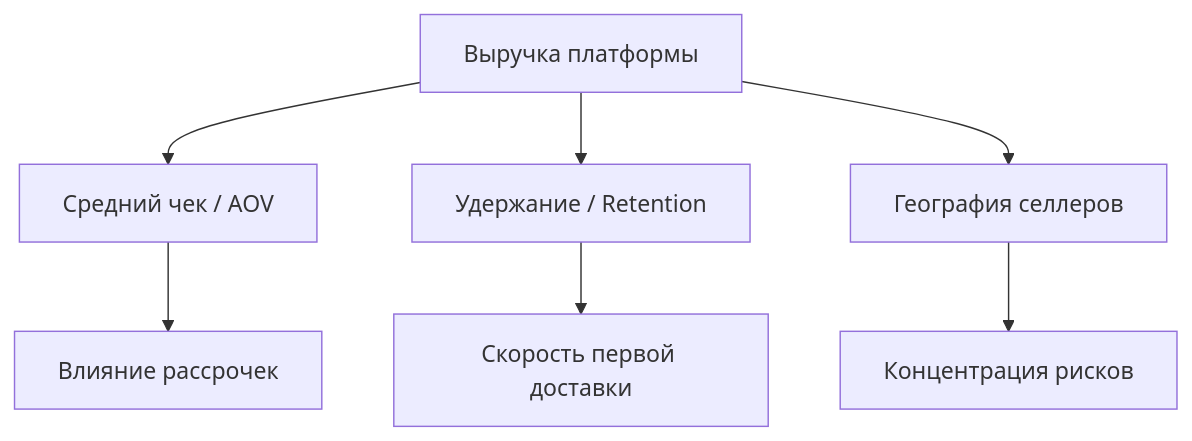
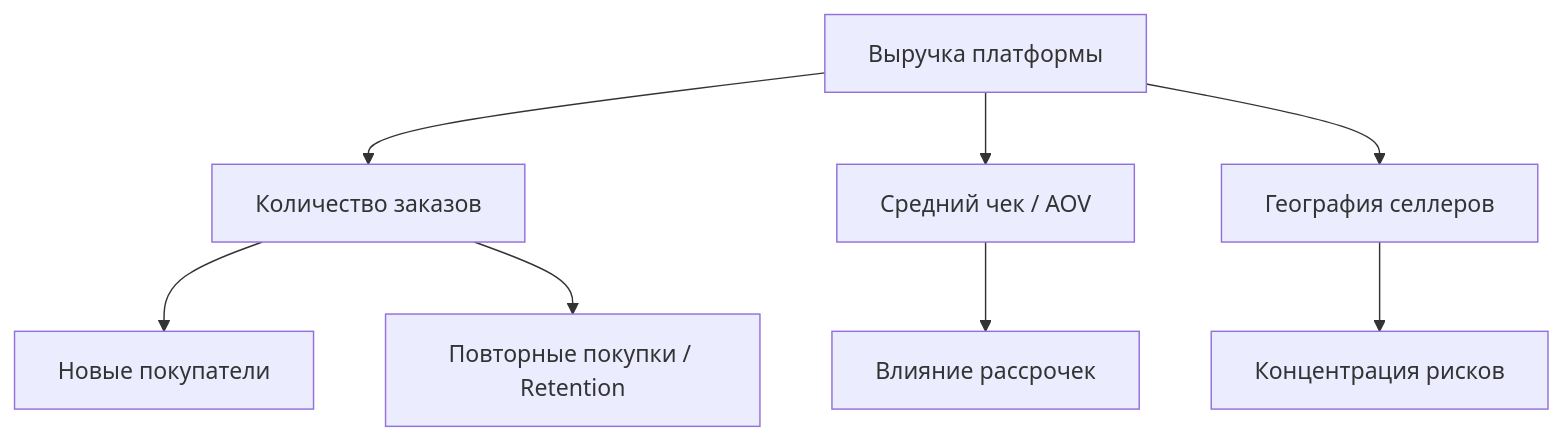
The diagram in README.md (NikolaySofinskiy/olist-e-commerce-analytics), drawn with Mermaid before and after one commit. The commit also changed other lines of this file, not shown here.

````diff
--- a/README.md
+++ b/README.md
@@ -11,10 +11,11 @@
 ```mermaid
 graph TD
-    A[Выручка платформы] --> B[Средний чек / AOV]
-    A --> C[Удержание / Retention]
+    A[Выручка платформы] --> B[Количество заказов]
+    A --> C[Средний чек / AOV]
     A --> D[География селлеров]
     
-    B --> B1[Влияние рассрочек]
-    C --> C1[Скорость первой доставки]
+    B --> B1[Новые покупатели]
+    B --> B2[Повторные покупки / Retention]
+    C --> C1[Влияние рассрочек]
     D --> D1[Концентрация рисков]
 ```
````
